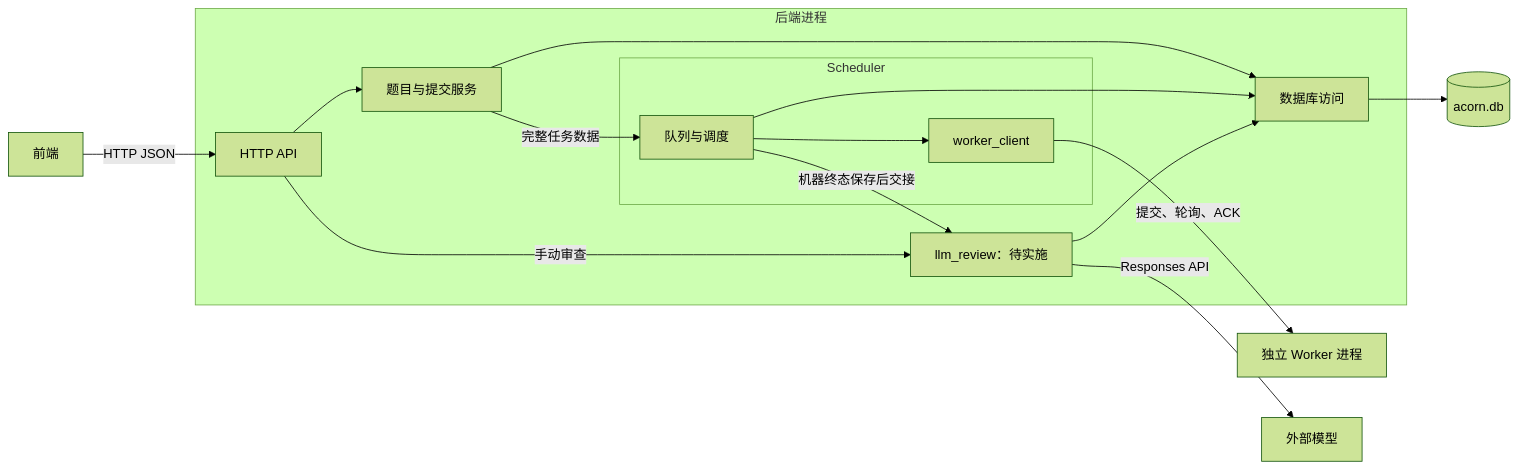
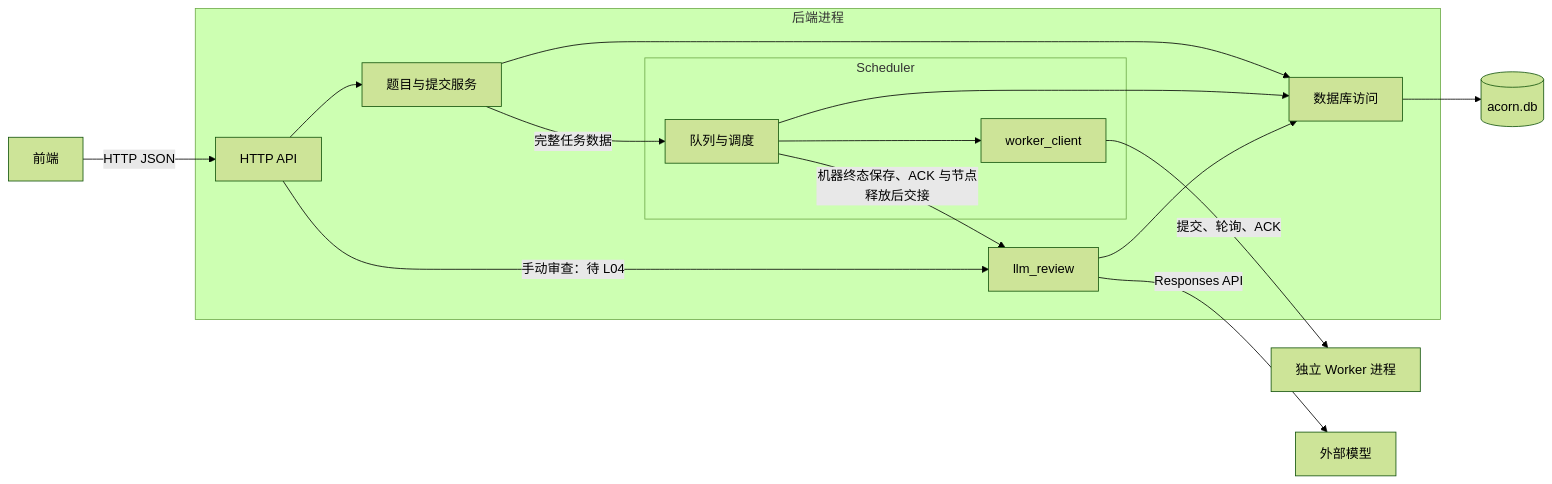
One commit to Reto911/acorn changed the diagram in docs/03-backend-design.md. Above: the diagram before and after it, drawn with Mermaid (forest theme). The commit also changed other lines of this file and 18 other files, not shown here.

First line of the commit message:
feat(backend): add automatic LLM review queue and lifecycle

````diff
--- a/docs/03-backend-design.md
+++ b/docs/03-backend-design.md
@@ -39,19 +39,19 @@
 ```mermaid
 flowchart LR
     Frontend[前端] -->|HTTP JSON| HTTP
     subgraph Backend[后端进程]
         HTTP[HTTP API] --> Service[题目与提交服务]
         Service -->|完整任务数据| Scheduler
         Service --> Database[数据库访问]
         Scheduler --> Database
-        Scheduler -->|机器终态保存后交接| Review[llm_review：待实施]
-        HTTP -->|手动审查| Review
+        Scheduler -->|机器终态保存、ACK 与节点释放后交接| Review[llm_review]
+        HTTP -->|手动审查：待 L04| Review
         Review --> Database
         subgraph Scheduling[Scheduler]
             Scheduler[队列与调度] --> Client[worker_client]
         end
     end
     Database --> SQLite[(acorn.db)]
     Client -->|提交、轮询、ACK| Worker[独立 Worker 进程]
     Review -->|Responses API| LLM[外部模型]
 ```
````
